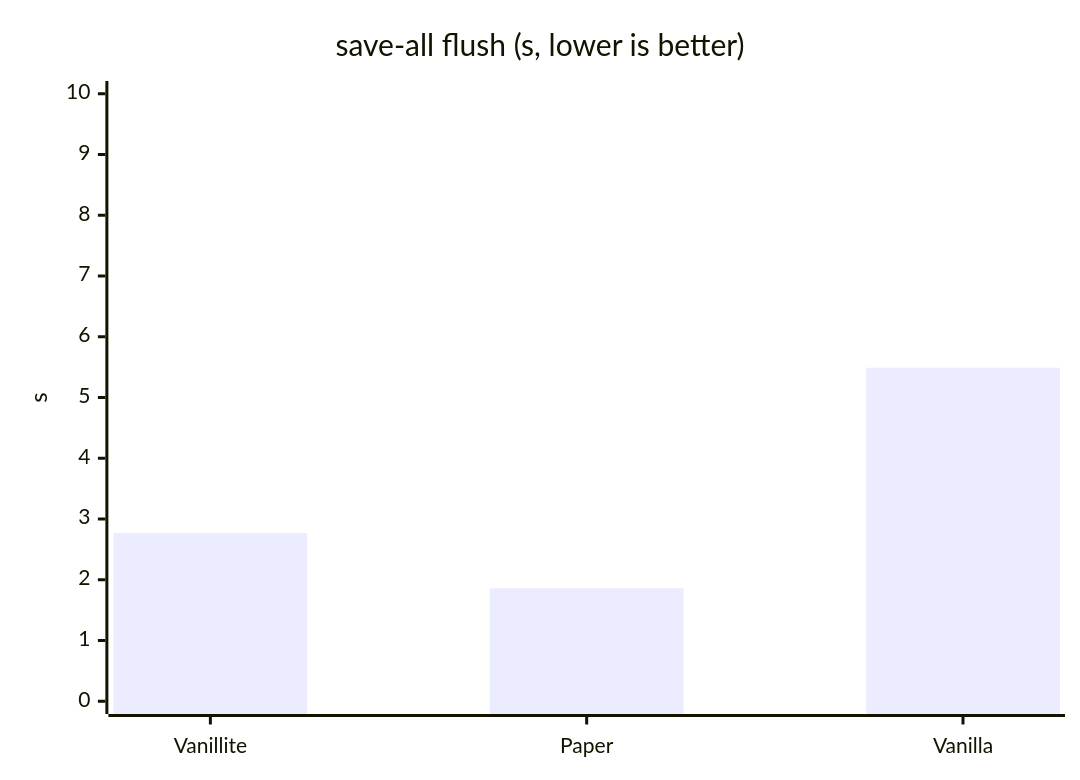
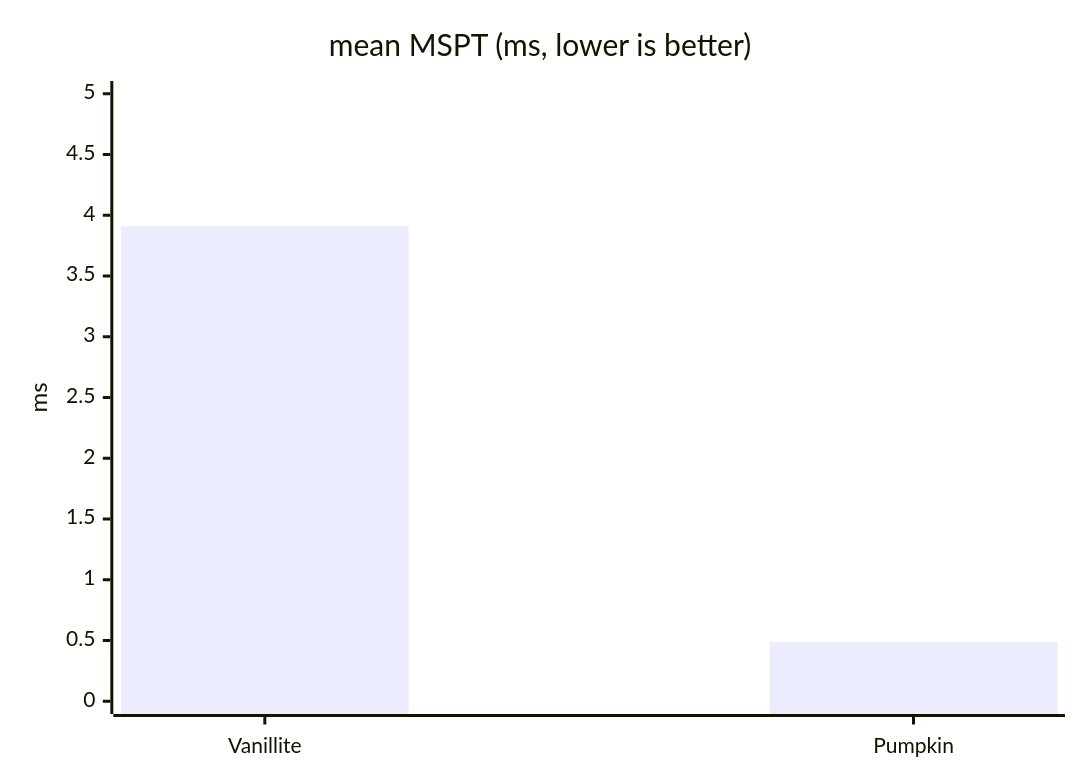
Before and after one commit to hthoene/Vanillite: the ninth of 15 diagrams in benchmarks/README.md, drawn with Mermaid. The commit also changed other lines of this file and 6 other files, not shown here.

````diff
--- a/benchmarks/README.md
+++ b/benchmarks/README.md
@@ -270,7 +304,7 @@
 ```mermaid
 xychart-beta
-    title "save-all flush (s, lower is better)"
-    x-axis ["Vanillite", "Paper", "Vanilla"]
-    y-axis "s" 0 --> 10
-    bar [2.77, 1.86, 5.49]
+    title "mean MSPT (ms, lower is better)"
+    x-axis ["Vanillite", "Pumpkin"]
+    y-axis "ms" 0 --> 5
+    bar [3.91, 0.49]
 ```
````
